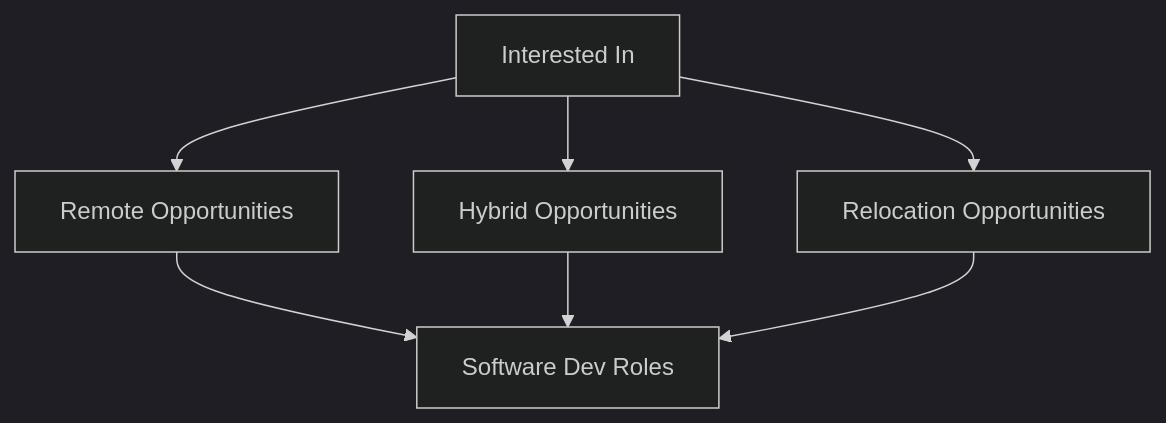
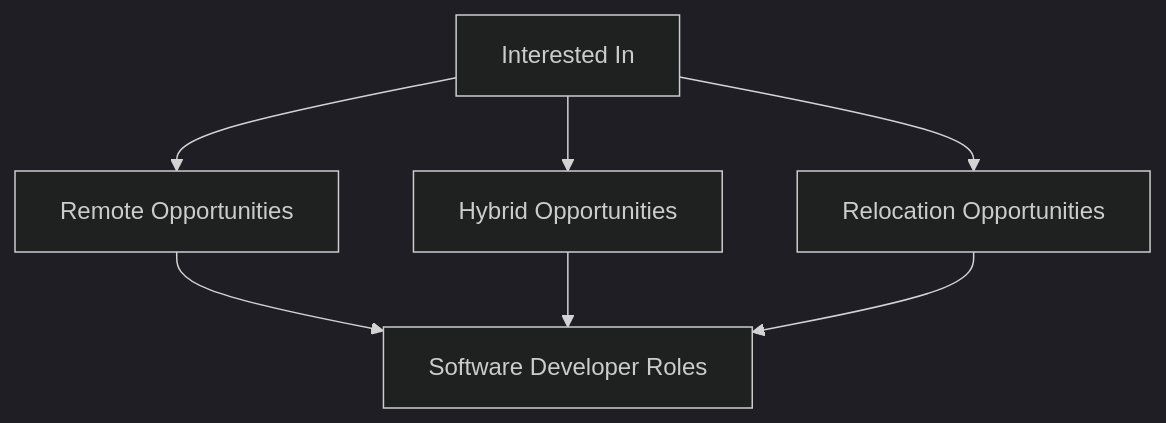
One commit to Danthesage01/Danthesage01 changed the diagram in README.md. Above: the diagram before and after it, drawn with Mermaid (dark theme).

````diff
--- a/README.md
+++ b/README.md
@@ -13,9 +13,9 @@
 ```mermaid
  graph TD;
    A[Interested In]-->B[Remote Opportunities];
    A[Interested In]-->C[Hybrid Opportunities];
    A[Interested In]-->D[Relocation Opportunities];
-   B[Remote Opportunities]-->E[Software Dev Roles];
-   C[Hybrid Opportunities]-->E[Software Dev Roles];
-   D[Relocation Opportunities]-->E[Software Dev Roles];
+   B[Remote Opportunities]-->E[Software Developer Roles];
+   C[Hybrid Opportunities]-->E[Software Developer Roles];
+   D[Relocation Opportunities]-->E[Software Developer Roles];
 ```
````
